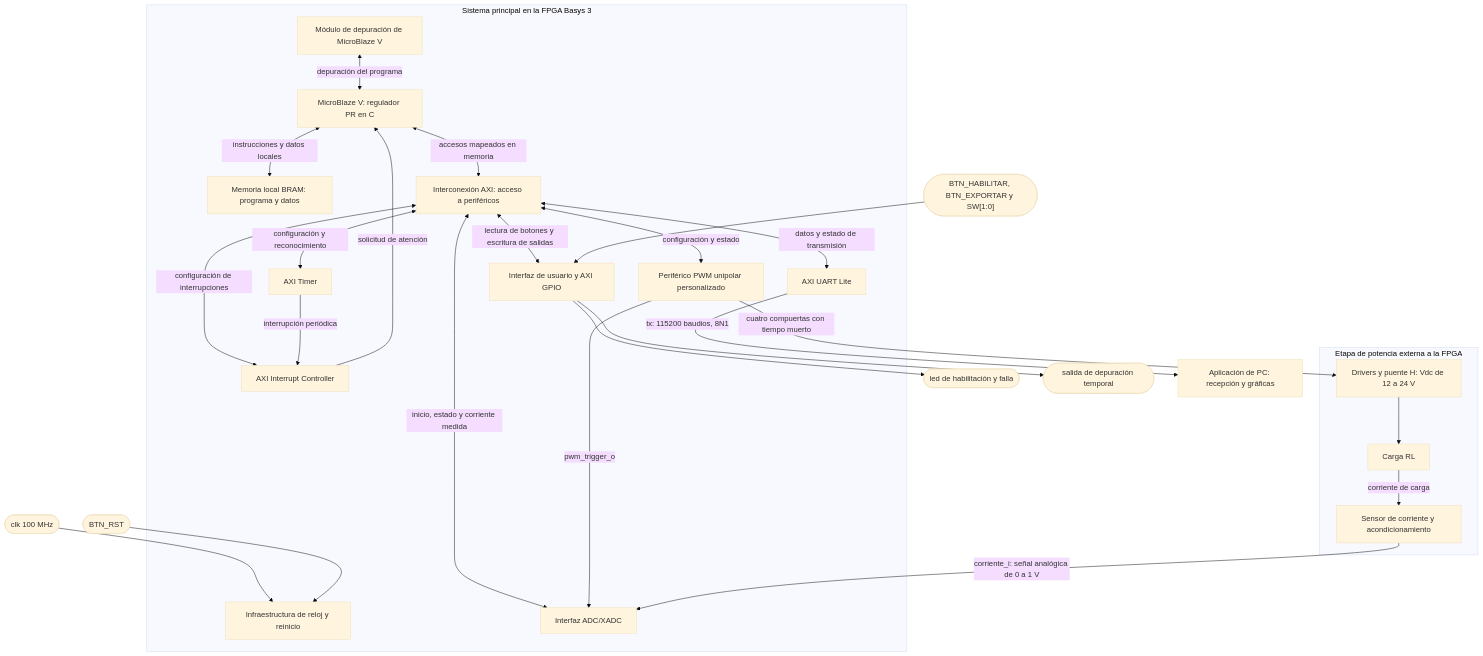
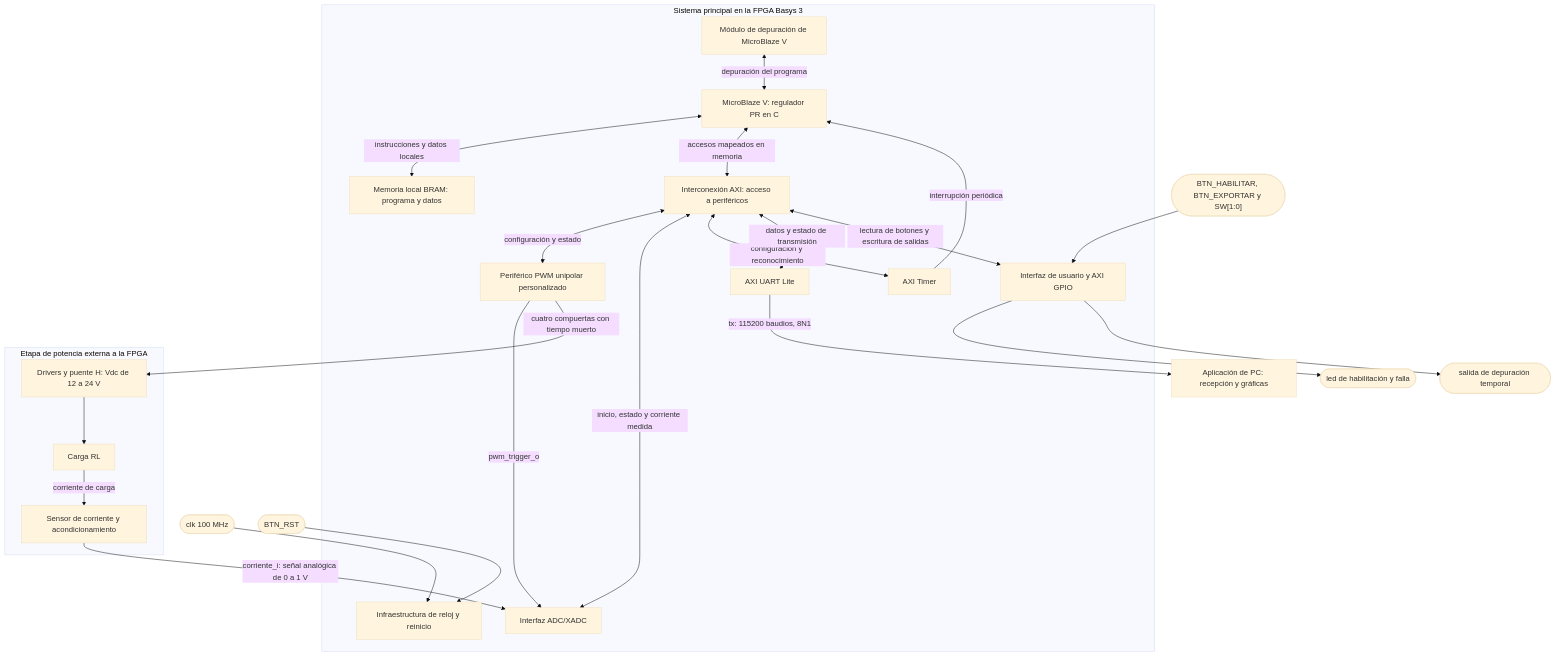
Before and after one commit to Taller-de-diseno-digital-GR01/Proyecto-4-Regulador-PR: the diagram in docs/diseño/diagramas/nivel02.md, drawn with Mermaid (base theme). The commit also changed other lines of this file and 1 other file, not shown here.

Commit message:
nivel02 y nivel03 con el Timer directo al MicroBlaze V, sin AXI INTC

````diff
--- a/docs/diseño/diagramas/nivel02.md
+++ b/docs/diseño/diagramas/nivel02.md
@@ -5,54 +5,51 @@
 ```mermaid
 flowchart TD
     CLK(["clk 100 MHz"])
     RST(["BTN_RST"])
 
     subgraph FPGA["Sistema principal en la FPGA Basys 3"]
         CR["Infraestructura de reloj y reinicio"]
         MEM["Memoria local BRAM: programa y datos"]
         CPU["MicroBlaze V: regulador PR en C"]
         DBG["Módulo de depuración de MicroBlaze V"]
         AXI["Interconexión AXI: acceso a periféricos"]
         PWM["Periférico PWM unipolar personalizado"]
         ADC["Interfaz ADC/XADC"]
         TIMER["AXI Timer"]
-        INTC["AXI Interrupt Controller"]
         UART["AXI UART Lite"]
         GPIO["Interfaz de usuario y AXI GPIO"]
 
         CPU <-->|"instrucciones y datos locales"| MEM
         DBG <-->|"depuración del programa"| CPU
         CPU <-->|"accesos mapeados en memoria"| AXI
         AXI <-->|"configuración y estado"| PWM
         AXI <-->|"inicio, estado y corriente medida"| ADC
         AXI <-->|"configuración y reconocimiento"| TIMER
-        AXI <-->|"configuración de interrupciones"| INTC
         AXI <-->|"datos y estado de transmisión"| UART
         AXI <-->|"lectura de botones y escritura de salidas"| GPIO
-        TIMER -->|"interrupción periódica"| INTC
-        INTC -->|"solicitud de atención"| CPU
+        TIMER -->|"interrupción periódica"| CPU
         PWM -->|"pwm_trigger_o"| ADC
     end
 
     BOT(["BTN_HABILITAR, BTN_EXPORTAR y SW[1:0]"])
     LED(["led de habilitación y falla"])
     MED(["salida de depuración temporal"])
     PC["Aplicación de PC: recepción y gráficas"]
 
     subgraph POT["Etapa de potencia externa a la FPGA"]
         PH["Drivers y puente H: Vdc de 12 a 24 V"]
         RL["Carga RL"]
         SEN["Sensor de corriente y acondicionamiento"]
         PH --> RL
         RL -->|"corriente de carga"| SEN
     end
 
     CLK --> CR
     RST --> CR
     BOT --> GPIO
     GPIO --> LED
     GPIO --> MED
     UART -->|"tx: 115200 baudios, 8N1"| PC
     PWM -->|"cuatro compuertas con tiempo muerto"| PH
     SEN -->|"corriente_i: señal analógica de 0 a 1 V"| ADC
 ```
````
